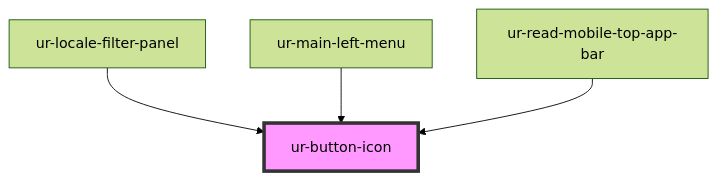
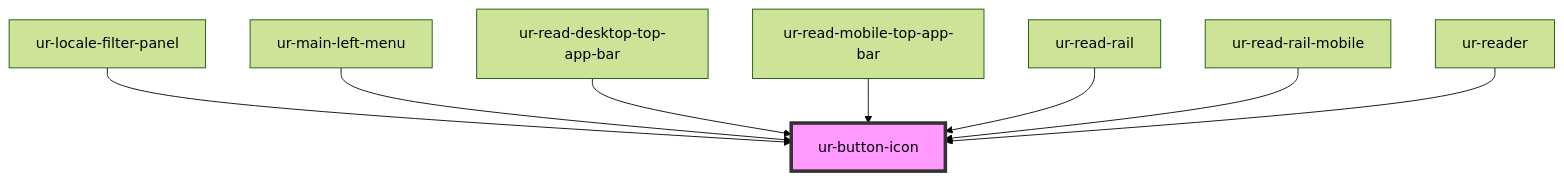
The diagram in src/components/ur-button-icon/readme.md (hellish/urnovl-web-components), drawn with Mermaid (forest theme) before and after one commit. The commit also changed other lines of this file and 256 other files, not shown here.

````diff
--- a/src/components/ur-button-icon/readme.md
+++ b/src/components/ur-button-icon/readme.md
@@ -29,7 +33,11 @@
 ```mermaid
 graph TD;
   ur-locale-filter-panel --> ur-button-icon
   ur-main-left-menu --> ur-button-icon
+  ur-read-desktop-top-app-bar --> ur-button-icon
   ur-read-mobile-top-app-bar --> ur-button-icon
+  ur-read-rail --> ur-button-icon
+  ur-read-rail-mobile --> ur-button-icon
+  ur-reader --> ur-button-icon
   style ur-button-icon fill:#f9f,stroke:#333,stroke-width:4px
 ```
````
